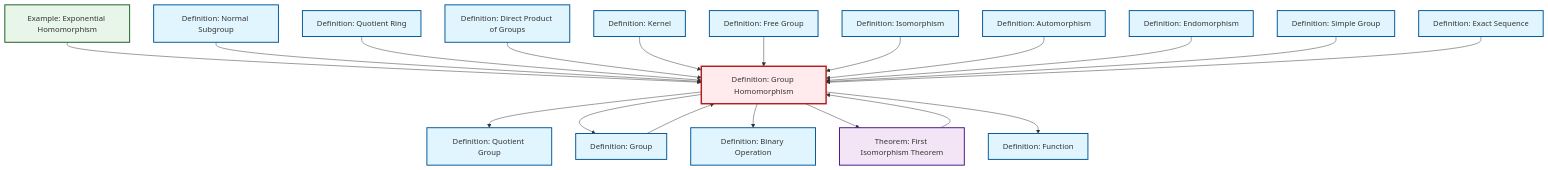
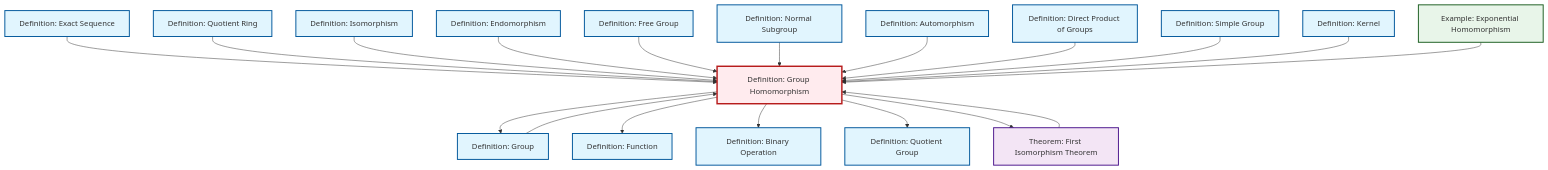
Before and after one commit to RK0429/ModernMath: the diagram in content/en/algebra/def-homomorphism.qmd, drawn with Mermaid. The commit also changed other lines of this file and 328 other files, not shown here.

````diff
--- a/content/en/algebra/def-homomorphism.qmd
+++ b/content/en/algebra/def-homomorphism.qmd
@@ -62,61 +62,61 @@
 ```{mermaid}
 %%| fig-cap: "Local dependency graph"
 graph TD
     classDef definition fill:#e1f5fe,stroke:#01579b,stroke-width:2px
     classDef theorem fill:#f3e5f5,stroke:#4a148c,stroke-width:2px
     classDef axiom fill:#fff3e0,stroke:#e65100,stroke-width:2px
     classDef example fill:#e8f5e9,stroke:#1b5e20,stroke-width:2px
     classDef current fill:#ffebee,stroke:#b71c1c,stroke-width:3px
+    def-endomorphism["Definition: Endomorphism"]:::definition
+    def-automorphism["Definition: Automorphism"]:::definition
     def-normal-subgroup["Definition: Normal Subgroup"]:::definition
+    def-kernel["Definition: Kernel"]:::definition
+    def-function["Definition: Function"]:::definition
+    def-simple-group["Definition: Simple Group"]:::definition
+    def-isomorphism["Definition: Isomorphism"]:::definition
+    def-direct-product["Definition: Direct Product of Groups"]:::definition
+    def-homomorphism["Definition: Group Homomorphism"]:::definition
+    def-group["Definition: Group"]:::definition
+    thm-first-isomorphism["Theorem: First Isomorphism Theorem"]:::theorem
+    def-binary-operation["Definition: Binary Operation"]:::definition
+    def-quotient-ring["Definition: Quotient Ring"]:::definition
+    def-exact-sequence["Definition: Exact Sequence"]:::definition
+    def-free-group["Definition: Free Group"]:::definition
     def-quotient-group["Definition: Quotient Group"]:::definition
-    def-binary-operation["Definition: Binary Operation"]:::definition
-    def-exact-sequence["Definition: Exact Sequence"]:::definition
-    def-direct-product["Definition: Direct Product of Groups"]:::definition
-    def-isomorphism["Definition: Isomorphism"]:::definition
-    def-function["Definition: Function"]:::definition
-    def-automorphism["Definition: Automorphism"]:::definition
-    def-endomorphism["Definition: Endomorphism"]:::definition
-    thm-first-isomorphism["Theorem: First Isomorphism Theorem"]:::theorem
     ex-exponential-homomorphism["Example: Exponential Homomorphism"]:::example
-    def-homomorphism["Definition: Group Homomorphism"]:::definition
-    def-free-group["Definition: Free Group"]:::definition
-    def-group["Definition: Group"]:::definition
-    def-quotient-ring["Definition: Quotient Ring"]:::definition
-    def-simple-group["Definition: Simple Group"]:::definition
-    def-kernel["Definition: Kernel"]:::definition
     thm-first-isomorphism --> def-homomorphism
+    def-homomorphism --> def-group
+    def-exact-sequence --> def-homomorphism
+    def-quotient-ring --> def-homomorphism
+    def-isomorphism --> def-homomorphism
+    def-homomorphism --> def-function
+    def-endomorphism --> def-homomorphism
+    def-free-group --> def-homomorphism
+    def-homomorphism --> def-binary-operation
+    def-normal-subgroup --> def-homomorphism
+    def-group --> def-homomorphism
+    def-homomorphism --> def-quotient-group
+    def-homomorphism --> thm-first-isomorphism
+    def-automorphism --> def-homomorphism
+    def-direct-product --> def-homomorphism
+    def-simple-group --> def-homomorphism
+    def-kernel --> def-homomorphism
     ex-exponential-homomorphism --> def-homomorphism
-    def-normal-subgroup --> def-homomorphism
-    def-quotient-ring --> def-homomorphism
-    def-homomorphism --> def-quotient-group
-    def-homomorphism --> def-group
-    def-direct-product --> def-homomorphism
-    def-kernel --> def-homomorphism
-    def-homomorphism --> def-binary-operation
-    def-free-group --> def-homomorphism
-    def-isomorphism --> def-homomorphism
-    def-automorphism --> def-homomorphism
-    def-homomorphism --> thm-first-isomorphism
-    def-endomorphism --> def-homomorphism
-    def-group --> def-homomorphism
-    def-homomorphism --> def-function
-    def-simple-group --> def-homomorphism
-    def-exact-sequence --> def-homomorphism
     class def-homomorphism current
+    click def-endomorphism "def-endomorphism.html" "Go to Endomorphism definition"
+    click def-automorphism "def-automorphism.html" "Go to Automorphism definition"
     click def-normal-subgroup "def-normal-subgroup.html" "Go to Normal Subgroup definition"
+    click def-kernel "def-kernel.html" "Go to Kernel definition"
+    click def-function "def-function.html" "Go to Function definition"
+    click def-simple-group "def-simple-group.html" "Go to Simple Group definition"
+    click def-isomorphism "def-isomorphism.html" "Go to Isomorphism definition"
+    click def-direct-product "def-direct-product.html" "Go to Direct Product of Groups definition"
+    click def-group "def-group.html" "Go to Group definition"
+    click thm-first-isomorphism "thm-first-isomorphism.html" "Go to First Isomorphism Theorem theorem"
+    click def-binary-operation "def-binary-operation.html" "Go to Binary Operation definition"
+    click def-quotient-ring "def-quotient-ring.html" "Go to Quotient Ring definition"
+    click def-exact-sequence "def-exact-sequence.html" "Go to Exact Sequence definition"
+    click def-free-group "def-free-group.html" "Go to Free Group definition"
     click def-quotient-group "def-quotient-group.html" "Go to Quotient Group definition"
-    click def-binary-operation "def-binary-operation.html" "Go to Binary Operation definition"
-    click def-exact-sequence "def-exact-sequence.html" "Go to Exact Sequence definition"
-    click def-direct-product "def-direct-product.html" "Go to Direct Product of Groups definition"
-    click def-isomorphism "def-isomorphism.html" "Go to Isomorphism definition"
-    click def-function "def-function.html" "Go to Function definition"
-    click def-automorphism "def-automorphism.html" "Go to Automorphism definition"
-    click def-endomorphism "def-endomorphism.html" "Go to Endomorphism definition"
-    click thm-first-isomorphism "thm-first-isomorphism.html" "Go to First Isomorphism Theorem theorem"
     click ex-exponential-homomorphism "ex-exponential-homomorphism.html" "Go to Exponential Homomorphism example"
-    click def-free-group "def-free-group.html" "Go to Free Group definition"
-    click def-group "def-group.html" "Go to Group definition"
-    click def-quotient-ring "def-quotient-ring.html" "Go to Quotient Ring definition"
-    click def-simple-group "def-simple-group.html" "Go to Simple Group definition"
-    click def-kernel "def-kernel.html" "Go to Kernel definition"
 ```
````
